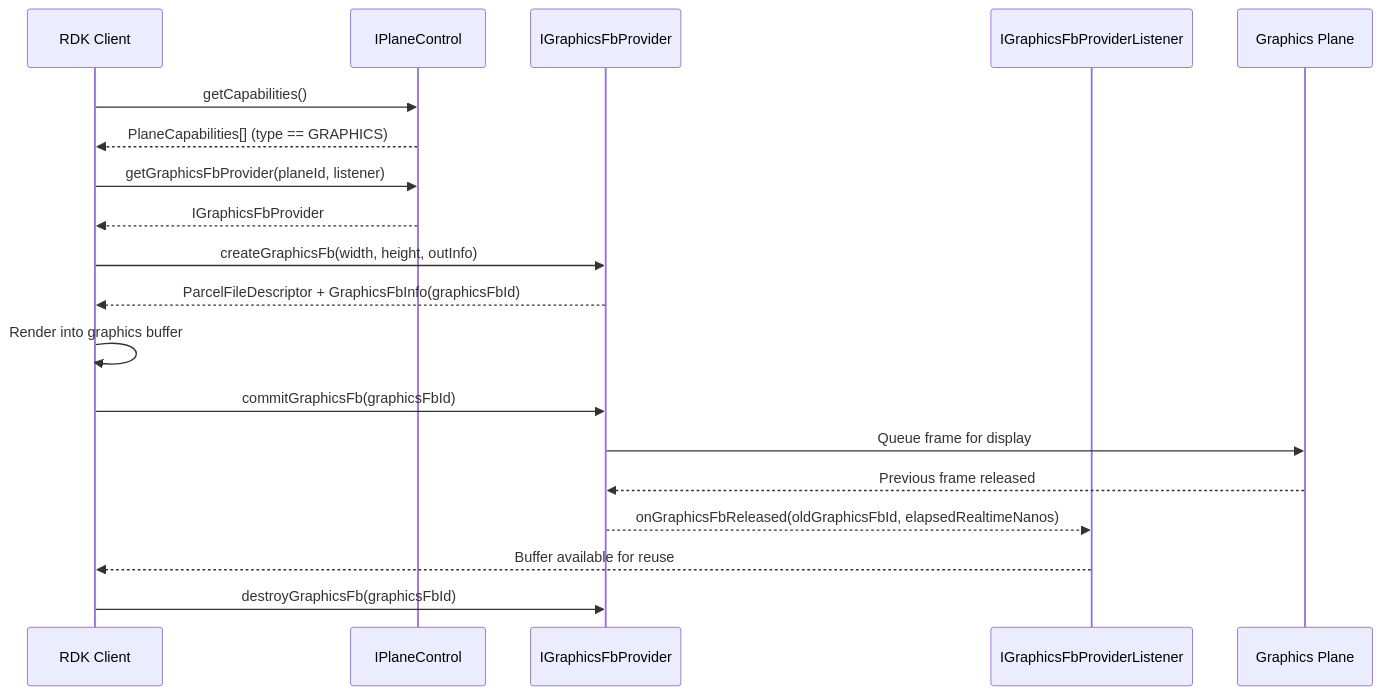
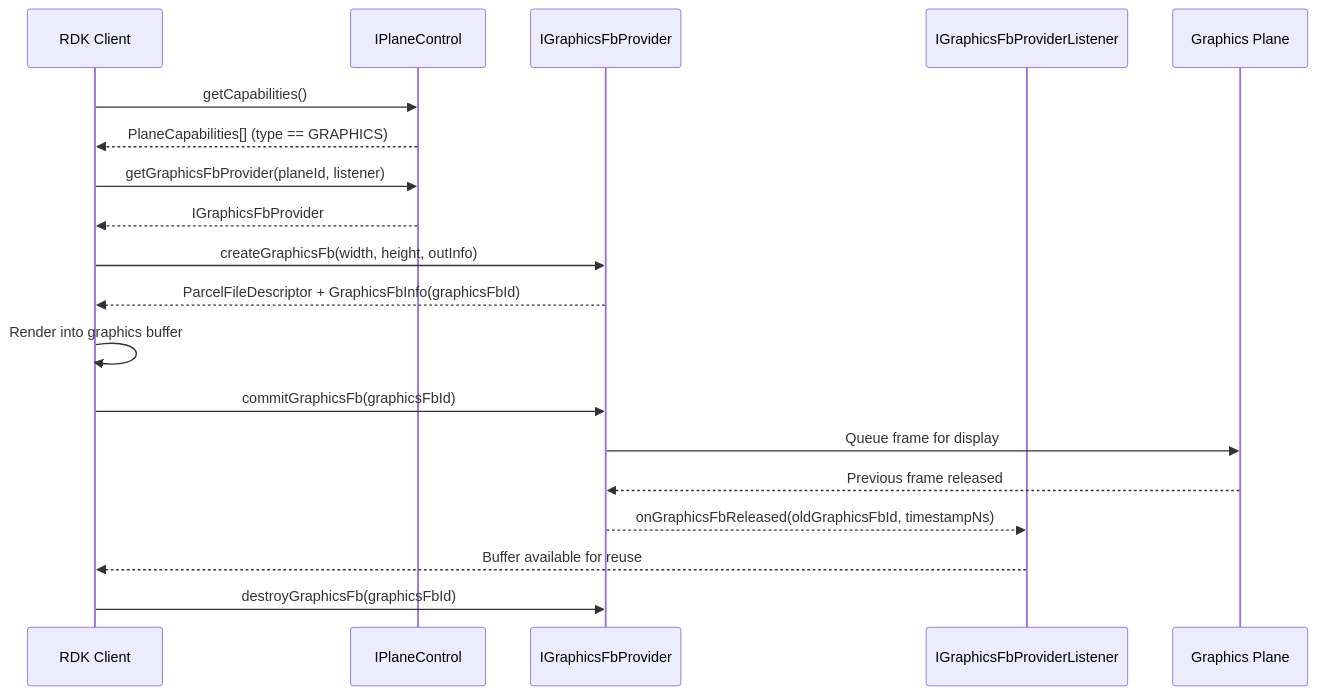
The third of 3 diagrams in planecontrol/current/docs/plane_control.md (rdkcentral/rdk-halif-aidl), drawn with Mermaid before and after one commit. The commit also changed other lines of this file and 2 other files, not shown here.

Commit message:
refactor(planecontrol): rename onGraphicsFbReleased param to timestampNs (#603)
The second parameter of IGraphicsFbProviderListener.onGraphicsFbReleased is an
absolute CLOCK_MONOTONIC timestamp (the instant the old frame was replaced by
the new), not an elapsed duration; the name elapsedRealtimeNanos was
misleading. Rename to timestampNs and clarify the doc: the server provides the
swap time, and the client compares it against the CLOCK_MONOTONIC time of its
commitGraphicsFb() call to measure commit-to-present latency (CLOCK_MONOTONIC
is system-wide, so the readings are comparable across processes).

Update plane_control.md and the transformation guide to match.

````diff
--- a/planecontrol/current/docs/plane_control.md
+++ b/planecontrol/current/docs/plane_control.md
@@ -226,27 +226,27 @@
 ```mermaid
 sequenceDiagram
     participant Client as RDK Client
     participant PC as IPlaneControl
     participant Provider as IGraphicsFbProvider
     participant Listener as IGraphicsFbProviderListener
     participant Plane as Graphics Plane
 
     Client->>PC: getCapabilities()
     PC-->>Client: PlaneCapabilities[] (type == GRAPHICS)
 
     Client->>PC: getGraphicsFbProvider(planeId, listener)
     PC-->>Client: IGraphicsFbProvider
 
     Client->>Provider: createGraphicsFb(width, height, outInfo)
     Provider-->>Client: ParcelFileDescriptor + GraphicsFbInfo(graphicsFbId)
 
     Client->>Client: Render into graphics buffer
     Client->>Provider: commitGraphicsFb(graphicsFbId)
     Provider->>Plane: Queue frame for display
 
     Plane-->>Provider: Previous frame released
-    Provider-->>Listener: onGraphicsFbReleased(oldGraphicsFbId, elapsedRealtimeNanos)
+    Provider-->>Listener: onGraphicsFbReleased(oldGraphicsFbId, timestampNs)
     Listener-->>Client: Buffer available for reuse
 
     Client->>Provider: destroyGraphicsFb(graphicsFbId)
 ```
````
